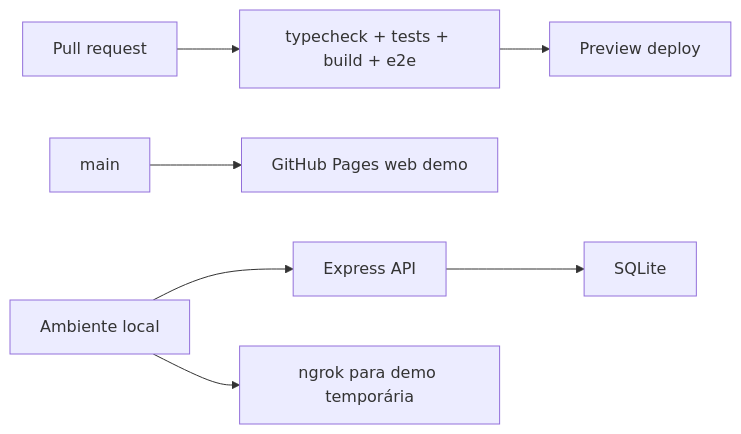
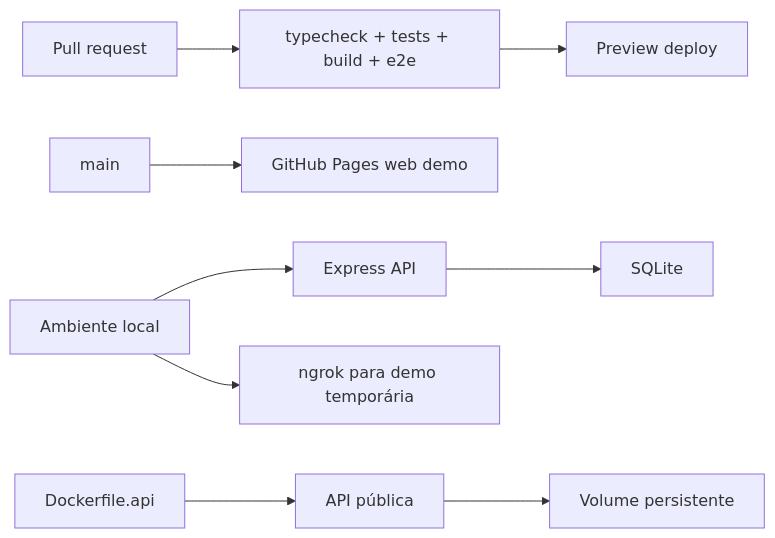
One commit to yuribarbosa384-bot/opsflow-service-desk changed the diagram in docs/DEPLOYMENT_GUIDE.md. Above: the diagram before and after it, drawn with Mermaid. The commit also changed other lines of this file and 6 other files, not shown here.

Commit message:
chore: prepare api container deploy

````diff
--- a/docs/DEPLOYMENT_GUIDE.md
+++ b/docs/DEPLOYMENT_GUIDE.md
@@ -7,9 +7,11 @@
 ```mermaid
 flowchart LR
   PR["Pull request"] --> CI["typecheck + tests + build + e2e"]
   CI --> Preview["Preview deploy"]
   Main["main"] --> Pages["GitHub Pages web demo"]
   Local["Ambiente local"] --> Api["Express API"]
   Api --> Db["SQLite"]
+  Docker["Dockerfile.api"] --> ApiDeploy["API pública"]
+  ApiDeploy --> Disk["Volume persistente"]
   Local --> Ngrok["ngrok para demo temporária"]
 ```
````
